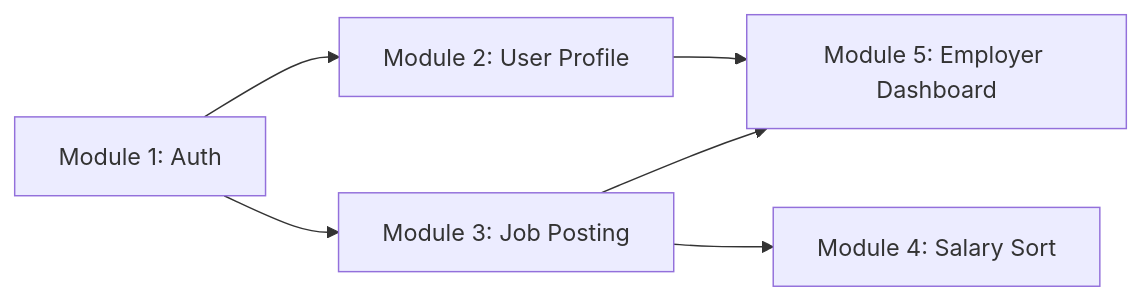
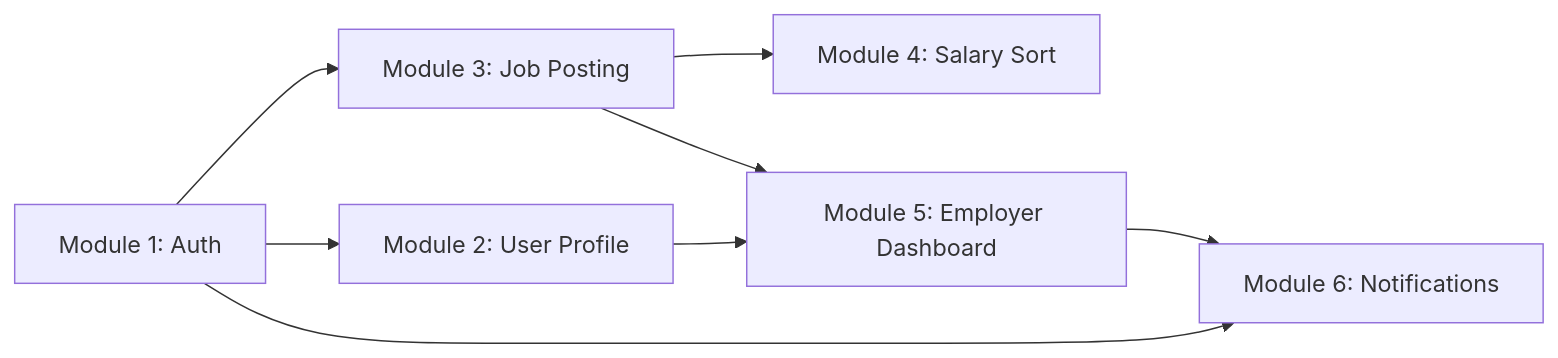
The diagram in docs/PROJECT_STATUS.md (Ammar-creater/JobLink), drawn with Mermaid before and after one commit. The commit also changed other lines of this file, not shown here.

Commit message:
docs: add Module 6 status for PR #12 merge

````diff
--- a/docs/PROJECT_STATUS.md
+++ b/docs/PROJECT_STATUS.md
@@ -21,8 +22,10 @@
 ```mermaid
 graph LR
     M1[Module 1: Auth] --> M2[Module 2: User Profile]
     M1 --> M3[Module 3: Job Posting]
     M3 --> M4[Module 4: Salary Sort]
     M2 --> M5[Module 5: Employer Dashboard]
     M3 --> M5
+    M1 --> M6[Module 6: Notifications]
+    M5 --> M6
 ```
````
